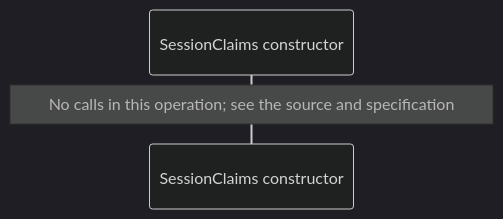
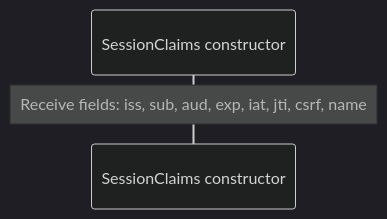
Before and after one commit to GreenPandaStudios/augscript: the third of 5 diagrams in docs/examples/oidc-login/client/contracts-diagrams.md, drawn with Mermaid (dark theme). The commit also changed other lines of this file and 289 other files, not shown here.

Commit message:
Correct diagram control flow and complete generated wiki navigation

````diff
--- a/docs/examples/oidc-login/client/contracts-diagrams.md
+++ b/docs/examples/oidc-login/client/contracts-diagrams.md
@@ -55,6 +55,6 @@
 ```mermaid
 sequenceDiagram
     participant p0 as SessionClaims constructor
 
-    Note over p0: No calls in this operation#59; see the source and specification
+    Note over p0: Receive fields: iss, sub, aud, exp, iat, jti, csrf, name
 ```
````
